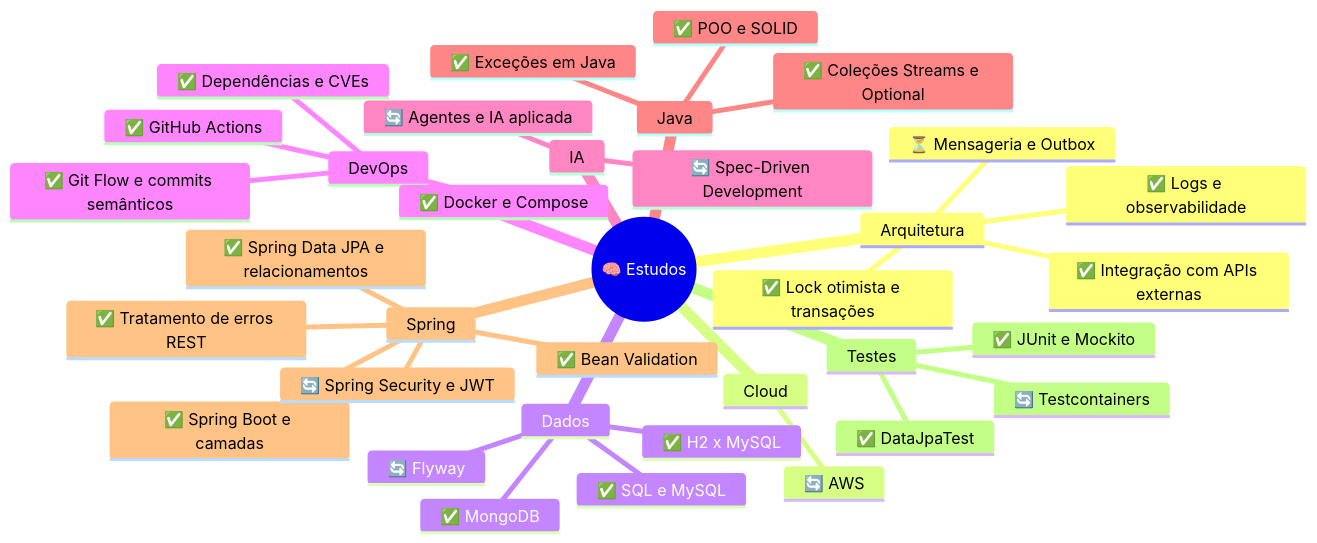
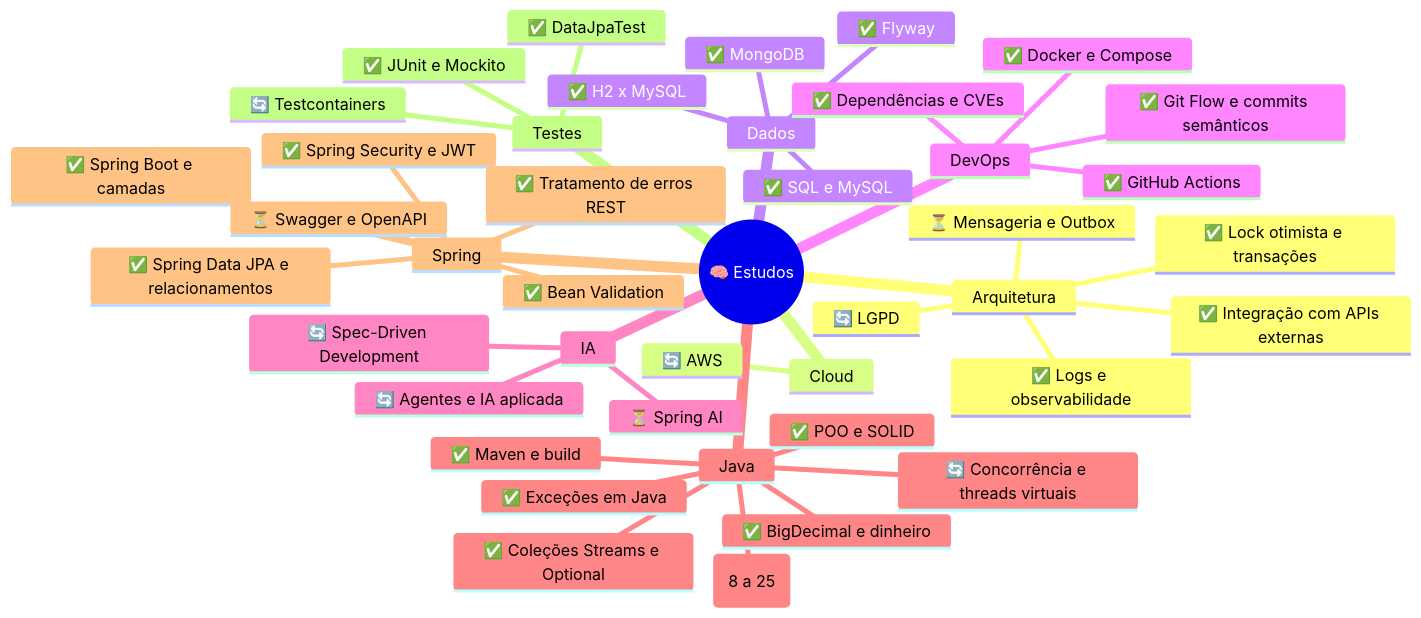
Diagram 11 of 13 in README.md (k3vinrich4rd/k3vinrich4rd), drawn with Mermaid before and after one commit. The commit also changed other lines of this file and 8 other files, not shown here.

````diff
--- a/README.md
+++ b/README.md
@@ -1281,38 +1305,45 @@
 ```mermaid
 mindmap
   root((🧠 Estudos))
     Arquitetura
       ✅ Integração com APIs externas
+      🔄 LGPD
       ✅ Lock otimista e transações
       ✅ Logs e observabilidade
       ⏳ Mensageria e Outbox
     Cloud
       🔄 AWS
     Dados
-      🔄 Flyway
+      ✅ Flyway
       ✅ H2 x MySQL
       ✅ MongoDB
       ✅ SQL e MySQL
     DevOps
       ✅ Dependências e CVEs
       ✅ Docker e Compose
       ✅ Git Flow e commits semânticos
       ✅ GitHub Actions
     IA
       🔄 Agentes e IA aplicada
       🔄 Spec-Driven Development
+      ⏳ Spring AI
     Java
+      ✅ BigDecimal e dinheiro
       ✅ Coleções Streams e Optional
+      🔄 Concorrência e threads virtuais
       ✅ Exceções em Java
+      🔄 Java moderno (8 a 25)
+      ✅ Maven e build
       ✅ POO e SOLID
     Spring
       ✅ Bean Validation
       ✅ Spring Boot e camadas
       ✅ Spring Data JPA e relacionamentos
-      🔄 Spring Security e JWT
+      ✅ Spring Security e JWT
+      ⏳ Swagger e OpenAPI
       ✅ Tratamento de erros REST
     Testes
       ✅ DataJpaTest
       ✅ JUnit e Mockito
       🔄 Testcontainers
 ```
````
